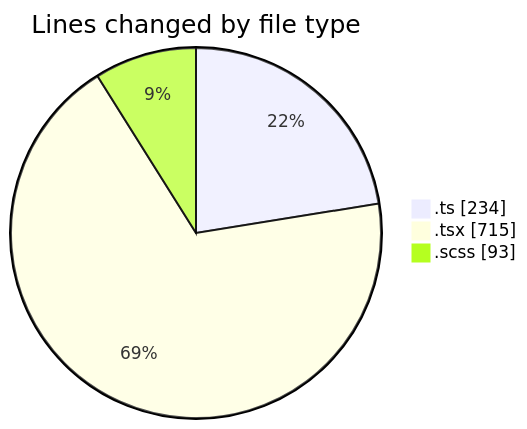
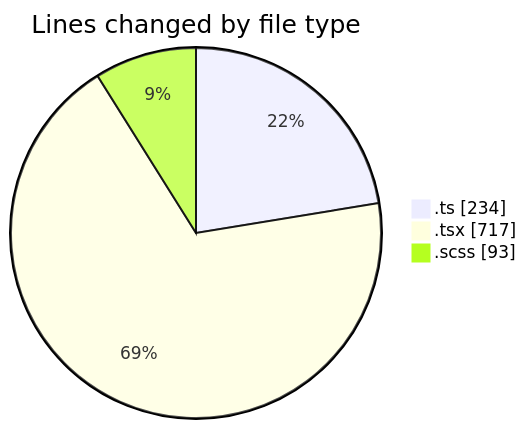
Before and after one commit to momahboobian/code-tracking: the first of 2 diagrams in 2025-05-01/cda/README.md, drawn with Mermaid. The commit also changed other lines of this file and 1 other file, not shown here.

````diff
--- a/2025-05-01/cda/README.md
+++ b/2025-05-01/cda/README.md
@@ -26,7 +26,7 @@
 ```mermaid
 pie showData
 title Lines changed by file type
 ".ts" : 234
-".tsx" : 715
+".tsx" : 717
 ".scss" : 93
 ```
````
